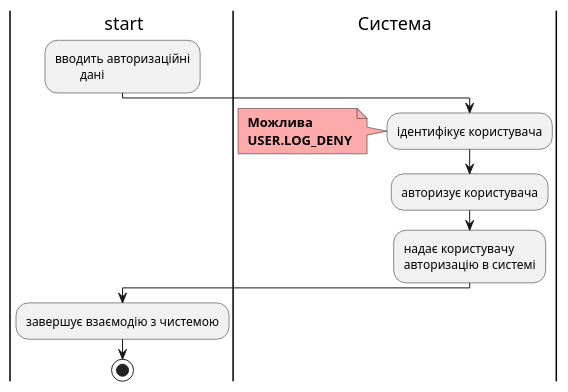
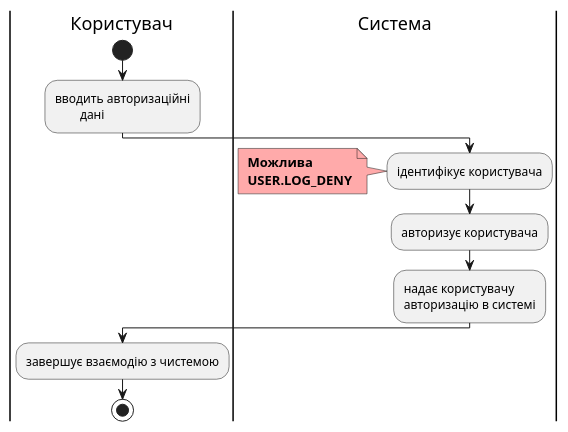
Before and after one commit to ELSheadali/IO-16_open-data-management-system: the sixth of 16 diagrams in docs/use cases/README.md, drawn with PlantUML. The commit also changed other lines of this file, not shown here.

```diff
--- a/docs/use cases/README.md
+++ b/docs/use cases/README.md
@@ -140,23 +140,24 @@
 @startuml
 
-|Користувач| start
+|Користувач| 
+start
 
 :вводить авторизаційні
         дані;
 
 |Система| 
 
 :ідентифікує користувача;
 note left #ffaaaa
 <b> Можлива
 <b> USER.LOG_DENY
 end note
 :авторизує користувача;
 :надає користувачу 
 авторизацію в системі;
 |Користувач|
 
 :завершує взаємодію з чистемою;
 
 stop;
 @enduml
```
